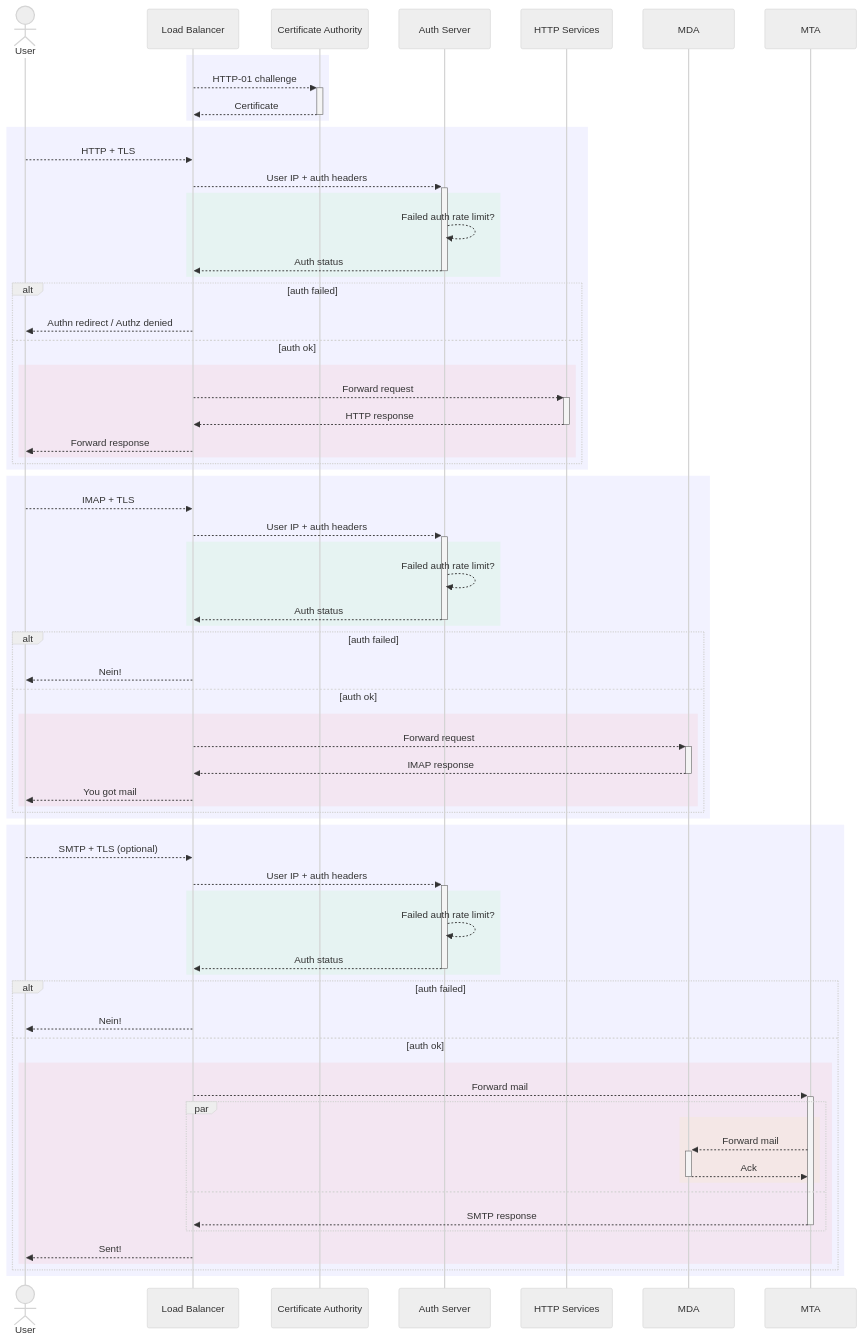
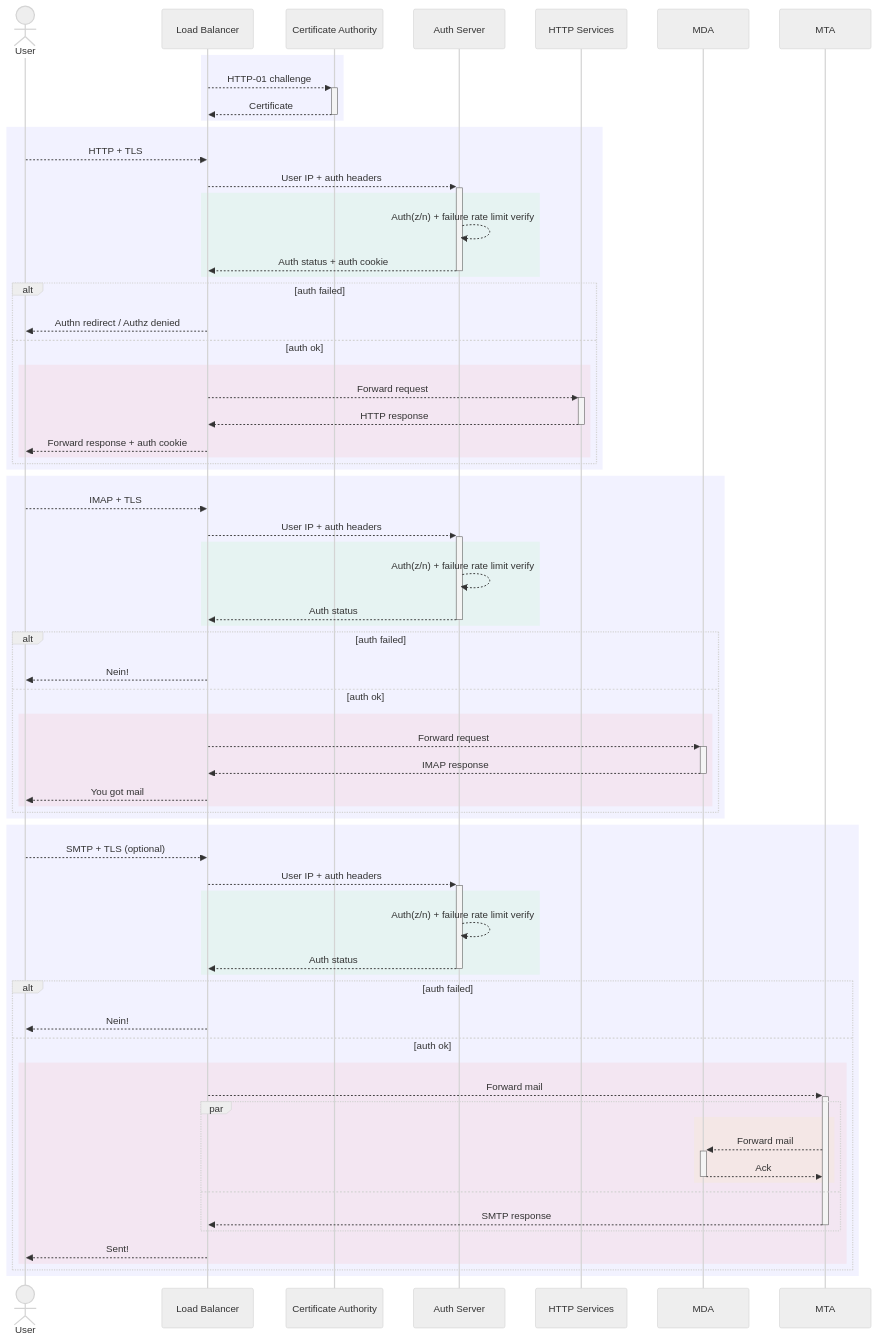
Before and after one commit to ms-jpq/lab: the fourth of 4 diagrams in doc/NETWORK.md, drawn with Mermaid (neutral theme).

````diff
--- a/doc/NETWORK.md
+++ b/doc/NETWORK.md
@@ -78,76 +78,76 @@
 ```mermaid
 sequenceDiagram
   actor user as User
   participant nginx as Load Balancer
   participant letsencrypt as Certificate Authority
   participant haproxy_nginx as Auth Server
   participant http_srv as HTTP Services
   participant mda as MDA
   participant mta as MTA
 
   rect rgba(0, 0, 255, 0.05)
     nginx -->>+ letsencrypt: HTTP-01 challenge
     letsencrypt -->>- nginx: Certificate
   end
 
   rect rgba(0, 0, 255, 0.05)
     user -->> nginx : HTTP + TLS
     nginx -->>+ haproxy_nginx : User IP + auth headers
     rect rgba(0, 255, 0, 0.05)
-      haproxy_nginx -->> haproxy_nginx : Failed auth rate limit?
-      haproxy_nginx -->>- nginx: Auth status
+      haproxy_nginx -->> haproxy_nginx : Auth(z/n) + failure rate limit verify
+      haproxy_nginx -->>- nginx: Auth status + auth cookie
     end
     alt auth failed
       nginx -->> user : Authn redirect / Authz denied
     else auth ok
       rect rgba(255, 0, 0, 0.05)
         nginx -->>+ http_srv : Forward request
         http_srv -->>- nginx: HTTP response
-        nginx -->> user : Forward response
+        nginx -->> user : Forward response + auth cookie
       end
     end
   end
 
   rect rgba(0, 0, 255, 0.05)
     user -->> nginx : IMAP + TLS
     nginx -->>+ haproxy_nginx : User IP + auth headers
     rect rgba(0, 255, 0, 0.05)
-      haproxy_nginx -->> haproxy_nginx : Failed auth rate limit?
+      haproxy_nginx -->> haproxy_nginx : Auth(z/n) + failure rate limit verify
       haproxy_nginx -->>- nginx: Auth status
     end
     alt auth failed
       nginx -->> user : Nein!
     else auth ok
       rect rgba(255, 0, 0, 0.05)
         nginx -->>+ mda : Forward request
         mda -->>- nginx: IMAP response
         nginx -->> user : You got mail
       end
     end
   end
 
   rect rgba(0, 0, 255, 0.05)
     user -->> nginx : SMTP + TLS (optional)
     nginx -->>+ haproxy_nginx : User IP + auth headers
     rect rgba(0, 255, 0, 0.05)
-      haproxy_nginx -->> haproxy_nginx : Failed auth rate limit?
+      haproxy_nginx -->> haproxy_nginx : Auth(z/n) + failure rate limit verify
       haproxy_nginx -->>- nginx: Auth status
     end
     alt auth failed
       nginx -->> user : Nein!
     else auth ok
       rect rgba(255, 0, 0, 0.05)
         nginx -->>+ mta : Forward mail
         par
           rect rgba(255, 255, 0, 0.05)
             mta -->>+ mda: Forward mail
             mda -->>- mta: Ack
           end
         and
           mta -->>- nginx: SMTP response
         end
         nginx -->> user : Sent!
       end
     end
   end
 ```
````
